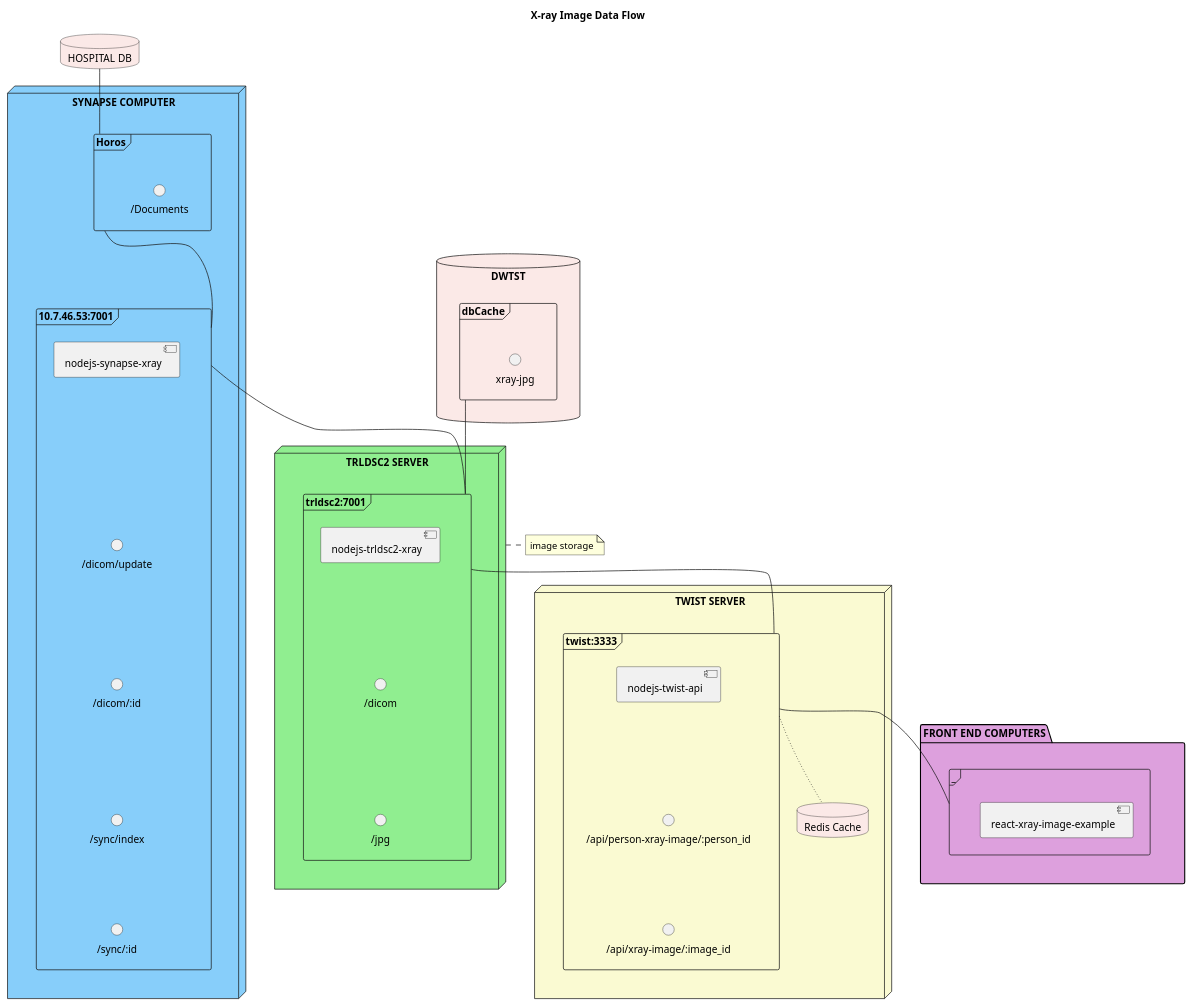
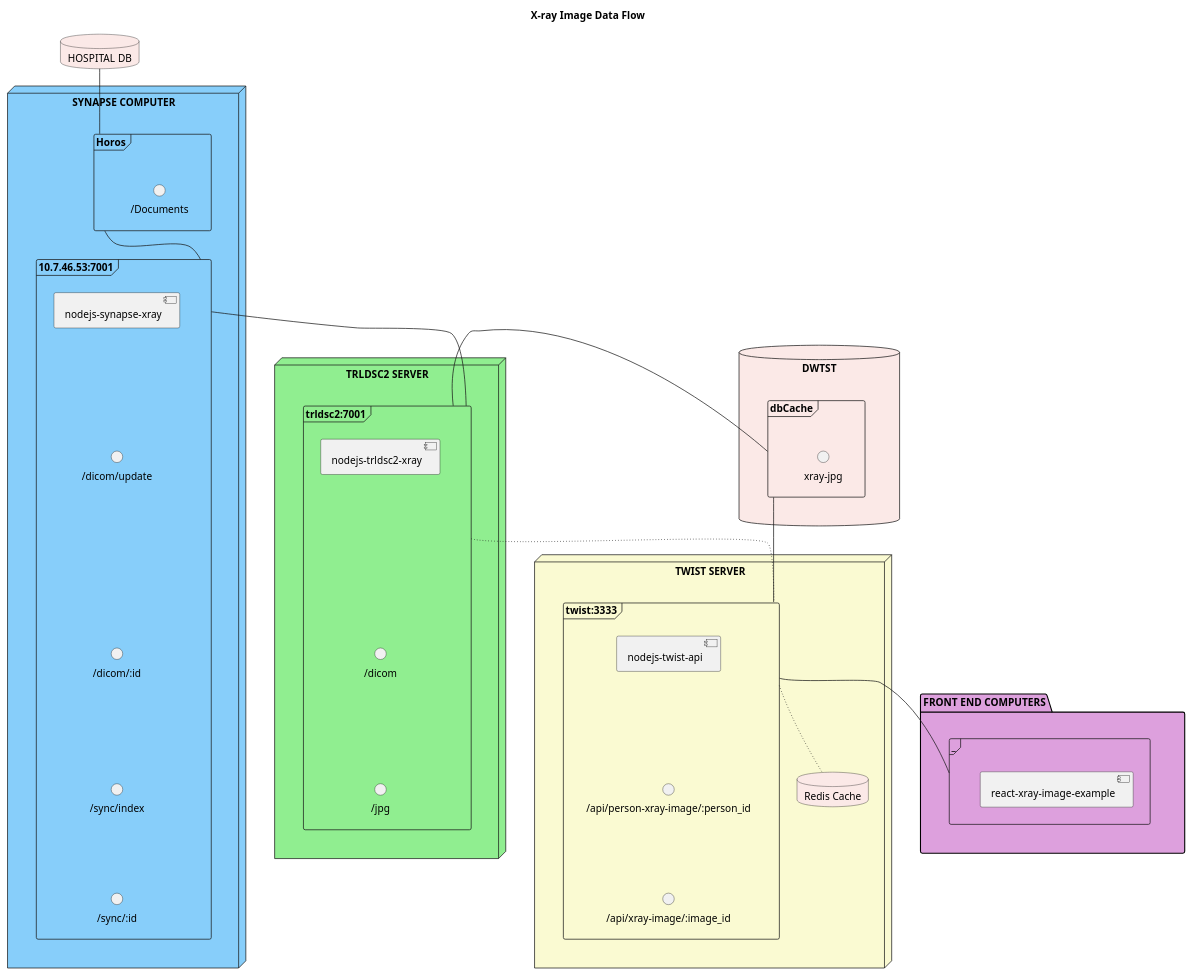
The diagram in assets/xray-image.iuml (TwistTRL/nodejs-twist-api), drawn with PlantUML before and after one commit. The commit also changed 4 other files, not shown here.

```diff
--- a/assets/xray-image.iuml
+++ b/assets/xray-image.iuml
@@ -1,83 +1,85 @@
 @startuml xray-image
 
 ' skinparam componentStyle uml2
 
 title X-ray Image Data Flow
 
 database "HOSPITAL DB" as db #fbe9e7
 
 node "SYNAPSE COMPUTER" as synapse #LightSkyBlue {
     frame "Horos" as horos {
         interface "/Documents"
     }
 
     frame "10.7.46.53:7001" as imageAPI {
         component "nodejs-synapse-xray" as componentImageAPI
         interface "/dicom/update" as dicomUpdate
         interface "/dicom/:id" as dicomId
         interface "/sync/index" as syncIndex
         interface "/sync/:id" as syncId
 
         componentImageAPI -[hidden]down- dicomUpdate
         dicomUpdate -[hidden]down- dicomId
         dicomId -[hidden]down- syncIndex
         syncIndex -[hidden]down- syncId
     }
 
     horos -- imageAPI
 }
 
 node "TRLDSC2 SERVER" as trldsc2 #LightGreen {
     frame "trldsc2:7001" as trldsc2API {
         component "nodejs-trldsc2-xray" as trldsc2ImageAPI
         interface "/dicom" as dicom
         interface "/jpg" as jpg    
         trldsc2ImageAPI -[hidden]down- dicom
         dicom -[hidden]down- jpg     
     }
 }
 
 
 node "TWIST SERVER" as twist #LightGoldenRodYellow {
     frame "twist:3333" as twistAPI {
         component "nodejs-twist-api" as componentTwistAPI
         interface "/api/person-xray-image/:person_id" as apiPerson
         interface "/api/xray-image/:image_id" as apiImage
         componentTwistAPI -[hidden]down- apiPerson
         apiPerson -[hidden]down- apiImage
     }
 
     database "Redis Cache" as Redis #fbe9e7 {
     }
 
     twistAPI ~down~ Redis
 }
 
 database DWTST #fbe9e7 {
     frame dbCache {
         interface "xray-jpg" as xrayJpg
     }
 }
 
 package "FRONT END COMPUTERS" as frontEnd #Plum {
     frame "_" as imageFE {
         component "react-xray-image-example"
     }
 }
 
 
-synapse -[hidden]- trldsc2
+synapse -[hidden]right- trldsc2
 trldsc2 -[hidden]- twist
 twist -[hidden]- frontEnd
-' DWTST -[hidden]- twist
+
+DWTST -[hidden]-- frontEnd
 
 db -down- horos
 imageAPI -- trldsc2API
-trldsc2API -- twistAPI
+trldsc2API ~~ twistAPI
+twistAPI --dbCache
 trldsc2API -up- dbCache
 twistAPI -- imageFE
 
 ' note right of synapse : image storage
-note right of trldsc2 : image storage
+' note right of trldsc2 : image storage
 
 @enduml
```
